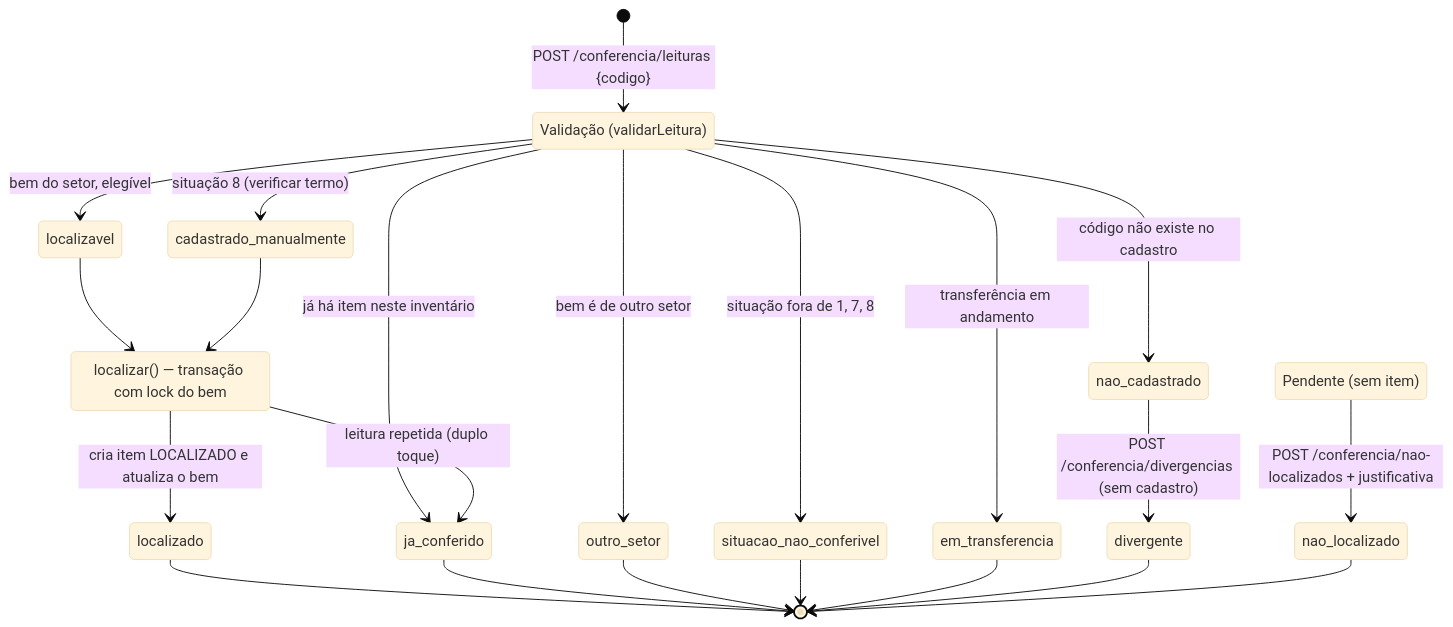
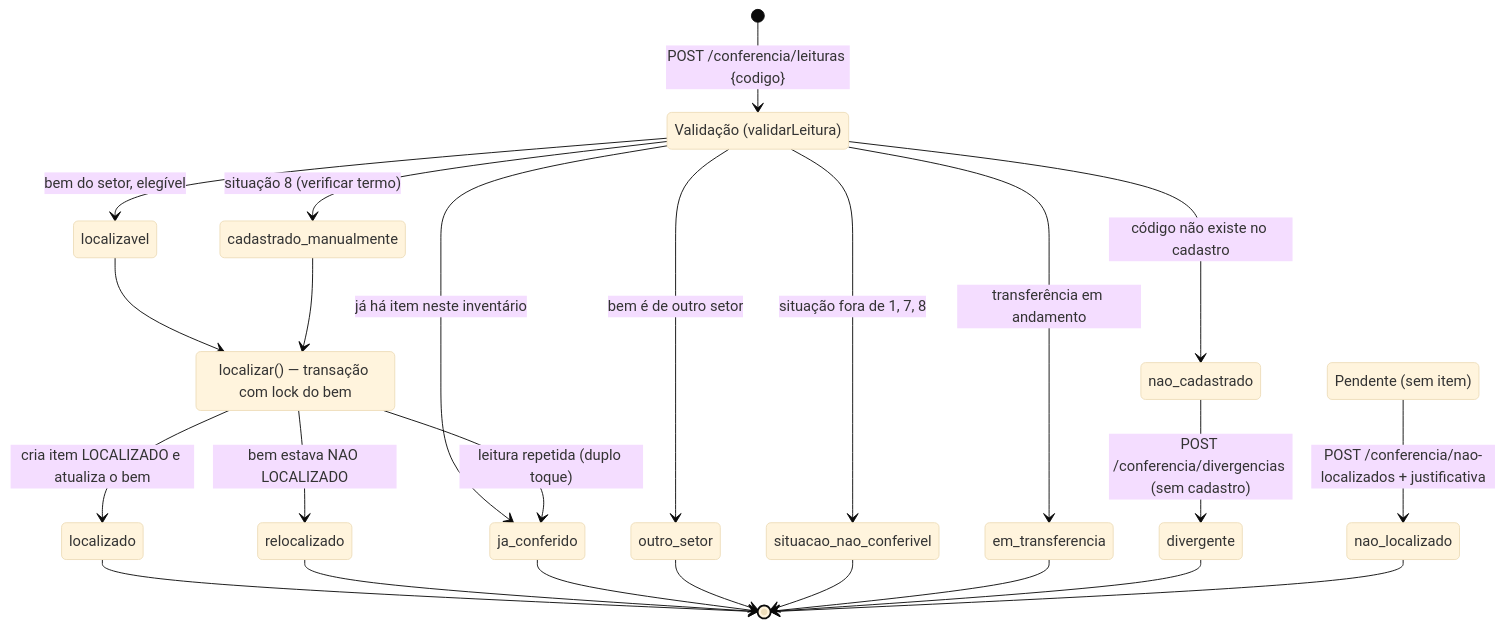
Before and after one commit to donzzim/TCC: the fourth of 6 diagrams in README.md, drawn with Mermaid (base theme). The commit also changed other lines of this file, not shown here.

````diff
--- a/README.md
+++ b/README.md
@@ -231,31 +243,33 @@
 ```mermaid
 stateDiagram-v2
     [*] --> Lido: POST /conferencia/leituras {codigo}
 
     state "Validação (validarLeitura)" as Lido
     Lido --> nao_cadastrado: código não existe no cadastro
     Lido --> ja_conferido: já há item neste inventário
     Lido --> outro_setor: bem é de outro setor
     Lido --> situacao_nao_conferivel: situação fora de 1, 7, 8
     Lido --> em_transferencia: transferência em andamento
     Lido --> cadastrado_manualmente: situação 8 (verificar termo)
     Lido --> localizavel: bem do setor, elegível
 
     state "localizar() — transação com lock do bem" as Localizar
     localizavel --> Localizar
     cadastrado_manualmente --> Localizar
     Localizar --> localizado: cria item LOCALIZADO e atualiza o bem
+    Localizar --> relocalizado: bem estava NAO LOCALIZADO
     Localizar --> ja_conferido: leitura repetida (duplo toque)
 
     nao_cadastrado --> divergente: POST /conferencia/divergencias (sem cadastro)
     state "Pendente (sem item)" as Pendente
     Pendente --> nao_localizado: POST /conferencia/nao-localizados + justificativa
 
     localizado --> [*]
+    relocalizado --> [*]
     ja_conferido --> [*]
     outro_setor --> [*]
     situacao_nao_conferivel --> [*]
     em_transferencia --> [*]
     divergente --> [*]
     nao_localizado --> [*]
 ```
````
